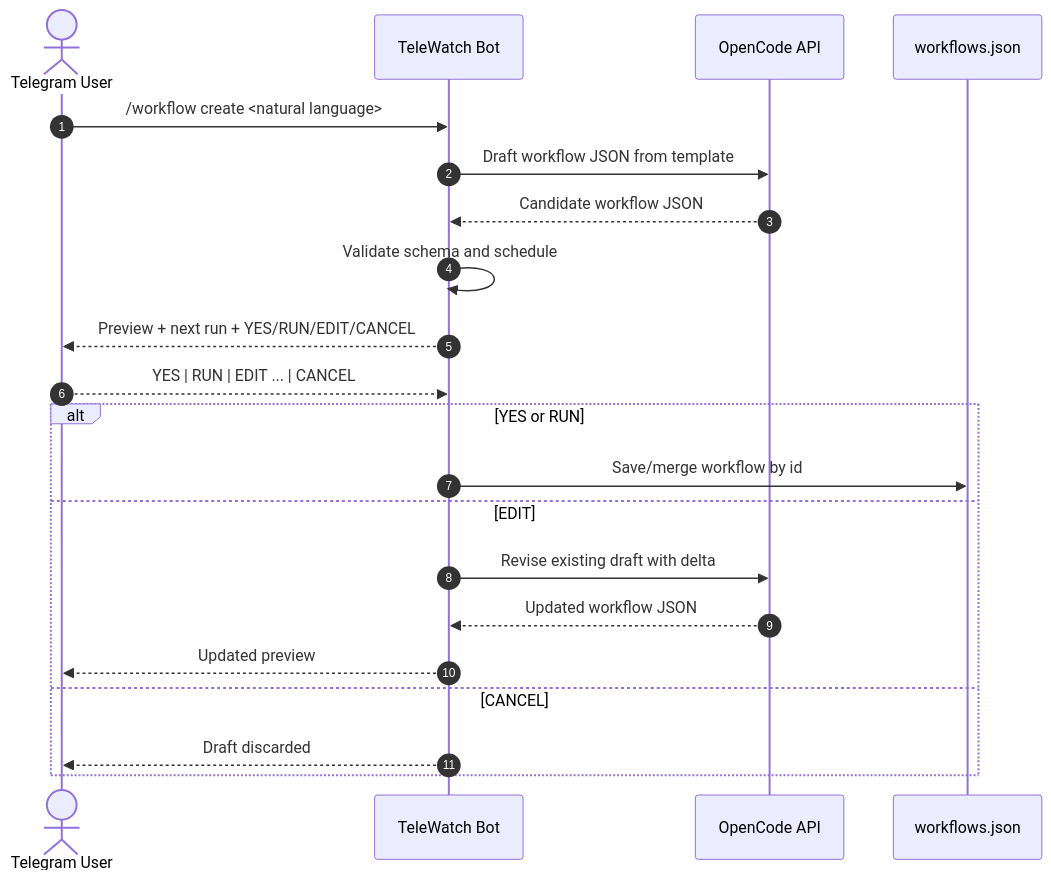
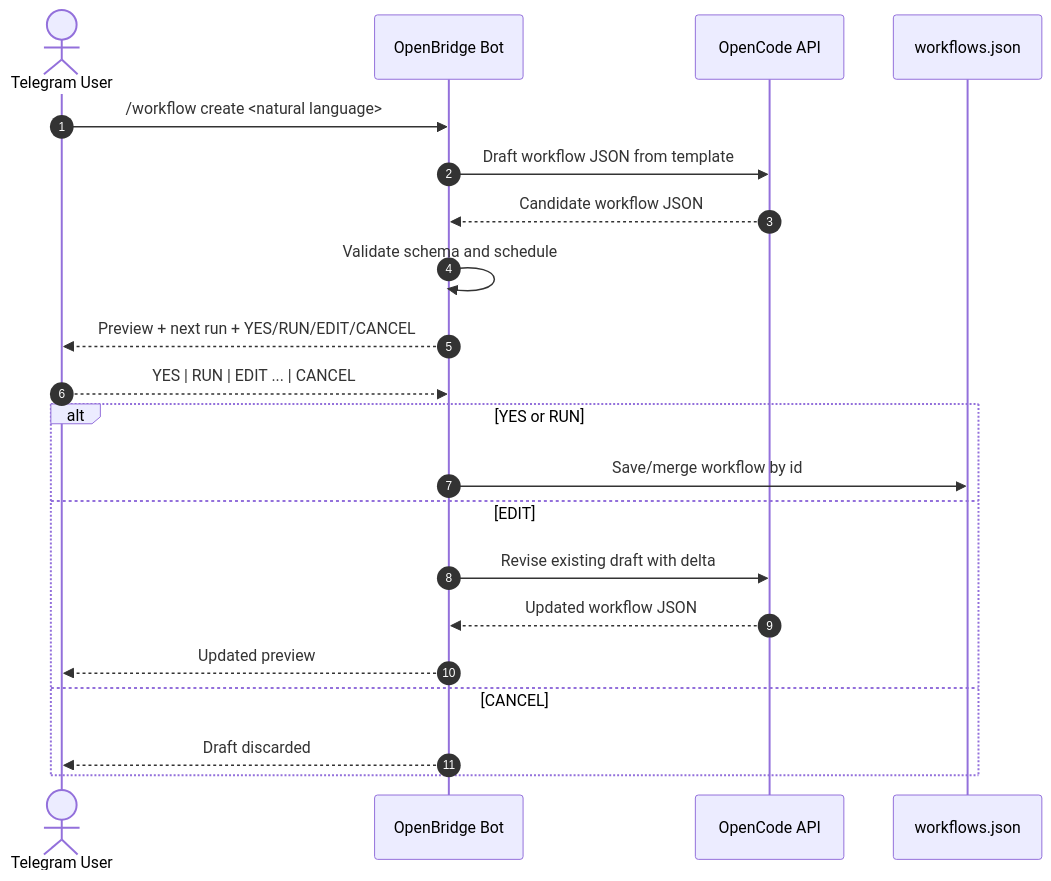
The third of 4 diagrams in README.md (ArindamTripathi619/TelegramRemoteProgressBot), drawn with Mermaid before and after one commit. The commit also changed other lines of this file and 17 other files, not shown here.

````diff
--- a/README.md
+++ b/README.md
@@ -181,24 +191,24 @@
 ```mermaid
 sequenceDiagram
   autonumber
   actor User as Telegram User
-  participant Bot as TeleWatch Bot
+  participant Bot as OpenBridge Bot
   participant OC as OpenCode API
   participant WF as workflows.json
 
   User->>Bot: /workflow create <natural language>
   Bot->>OC: Draft workflow JSON from template
   OC-->>Bot: Candidate workflow JSON
   Bot->>Bot: Validate schema and schedule
   Bot-->>User: Preview + next run + YES/RUN/EDIT/CANCEL
   User-->>Bot: YES | RUN | EDIT ... | CANCEL
   alt YES or RUN
     Bot->>WF: Save/merge workflow by id
   else EDIT
     Bot->>OC: Revise existing draft with delta
     OC-->>Bot: Updated workflow JSON
     Bot-->>User: Updated preview
   else CANCEL
     Bot-->>User: Draft discarded
   end
 ```
````
